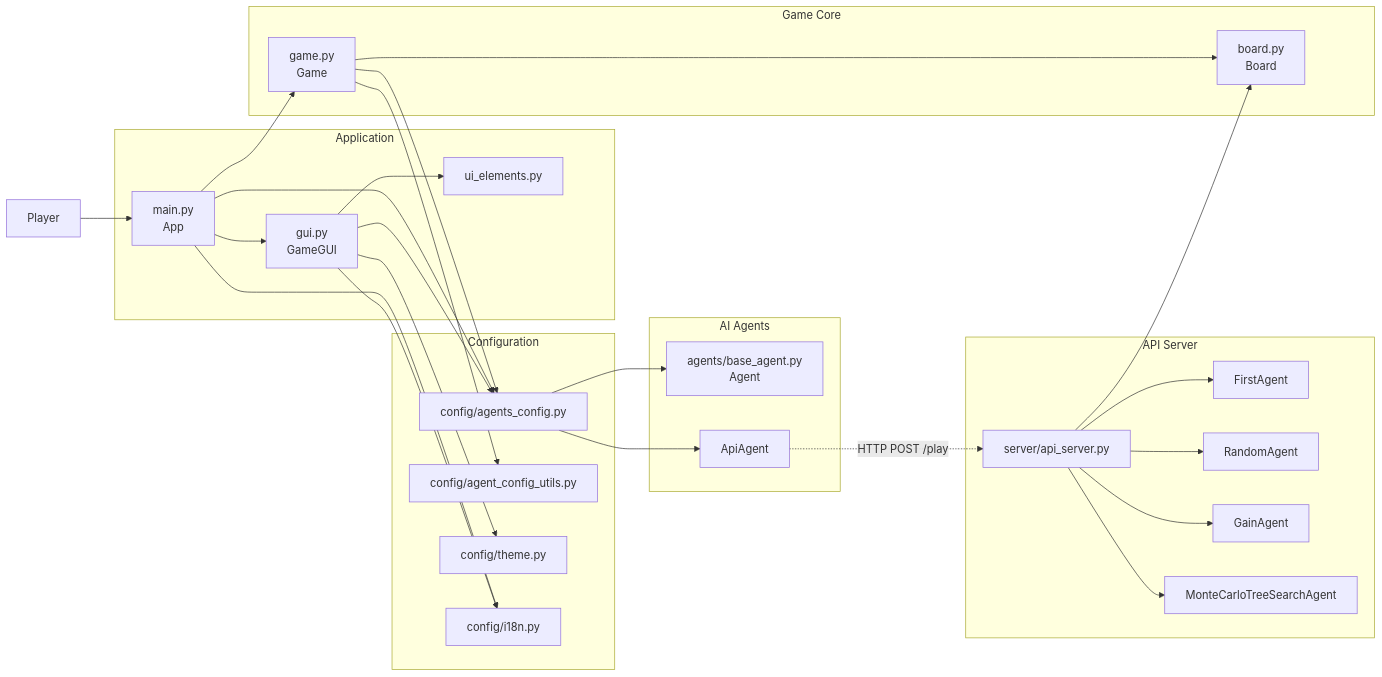
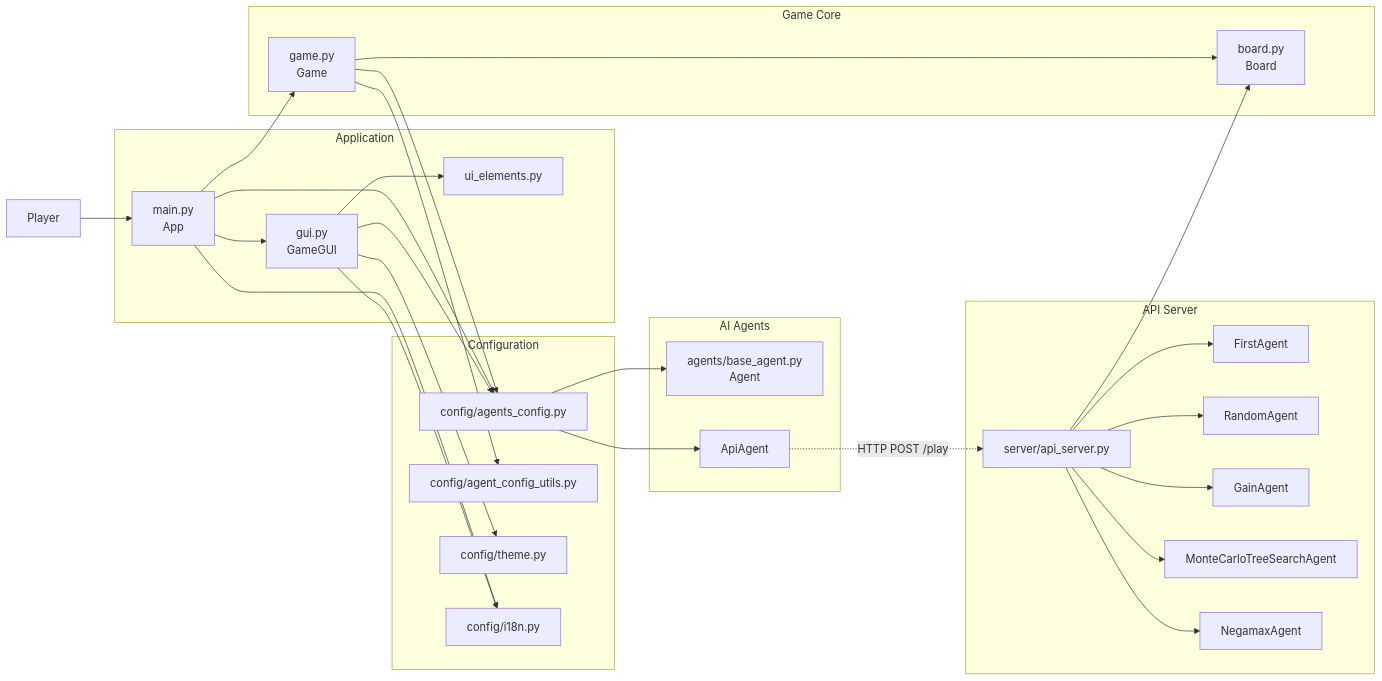
One commit to katoy/study-gemini2 changed the first of 2 diagrams in reversi-py/README.md. Above: the diagram before and after it, drawn with Mermaid. The commit also changed other lines of this file and 26 other files, not shown here.

First line of the commit message:
feat: NegamaxAgent 実装と全体統合（Negamax AI プレイヤー追加）

````diff
--- a/reversi-py/README.md
+++ b/reversi-py/README.md
@@ -31,60 +32,62 @@
 ```mermaid
 flowchart LR
     User[Player]
 
     subgraph App["Application"]
         Main["main.py<br/>App"]
         GUI["gui.py<br/>GameGUI"]
         UIE["ui_elements.py"]
     end
 
     subgraph Core["Game Core"]
         Game["game.py<br/>Game"]
         Board["board.py<br/>Board"]
     end
 
     subgraph Agents["AI Agents"]
         Base["agents/base_agent.py<br/>Agent"]
         API["ApiAgent"]
     end
 
     subgraph Config["Configuration"]
         AgentsCfg["config/agents_config.py"]
         Params["config/agent_config_utils.py"]
         Theme["config/theme.py"]
         I18n["config/i18n.py"]
     end
 
     subgraph Server["API Server"]
         APIServer["server/api_server.py"]
         First["FirstAgent"]
         Random["RandomAgent"]
         Gain["GainAgent"]
         MCTS["MonteCarloTreeSearchAgent"]
+        Negamax["NegamaxAgent"]
     end
 
     User --> Main
     Main --> GUI
     Main --> Game
     Main --> I18n
     Main --> AgentsCfg
 
     GUI --> UIE
     GUI --> Theme
     GUI --> AgentsCfg
     GUI --> I18n
 
     Game --> Board
     Game --> AgentsCfg
     Game --> Params
 
     AgentsCfg --> Base
     AgentsCfg --> API
 
     API -.->|HTTP POST /play| APIServer
     APIServer --> First
     APIServer --> Random
     APIServer --> Gain
     APIServer --> MCTS
+    APIServer --> Negamax
     APIServer --> Board
 ```
````
